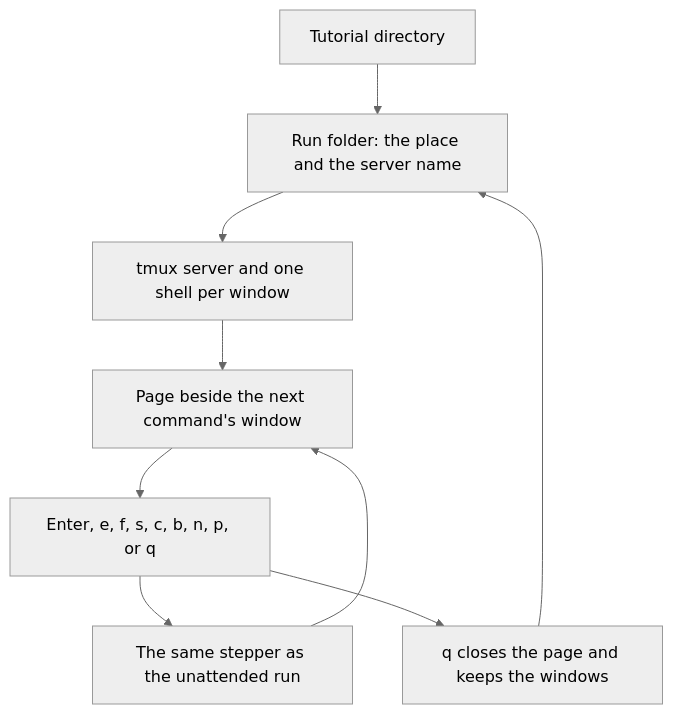
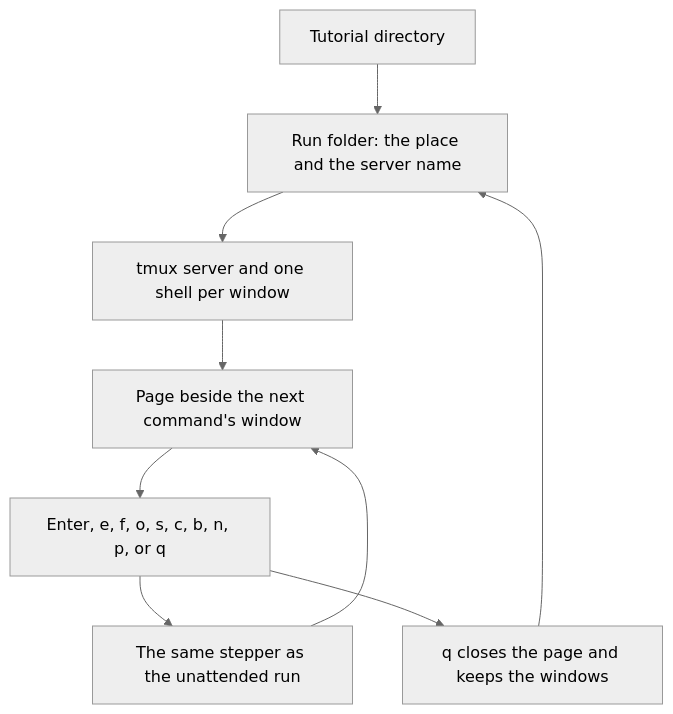
The first of 3 diagrams in docs/terminal.md (lambdasistemi/tutorial-stepper), drawn with Mermaid (neutral theme) before and after one commit. The commit also changed other lines of this file and 6 other files, not shown here.

````diff
--- a/docs/terminal.md
+++ b/docs/terminal.md
@@ -9,18 +9,18 @@
 ```mermaid
 flowchart TD
   directory["Tutorial directory"]
   folder["Run folder: the place and the server name"]
   server["tmux server and one shell per window"]
   page["Page beside the next command's window"]
-  key["Enter, e, f, s, c, b, n, p, or q"]
+  key["Enter, e, f, o, s, c, b, n, p, or q"]
   stepper["The same stepper as the unattended run"]
   stay["q closes the page and keeps the windows"]
   directory --> folder
   folder --> server
   server --> page
   page --> key
   key --> stepper
   stepper --> page
   key --> stay
   stay --> folder
 ```
````
